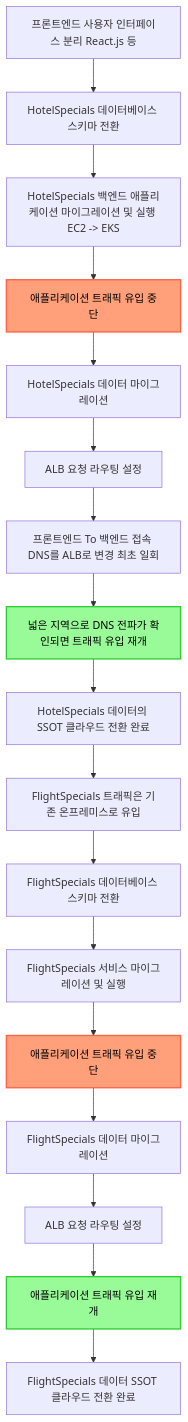
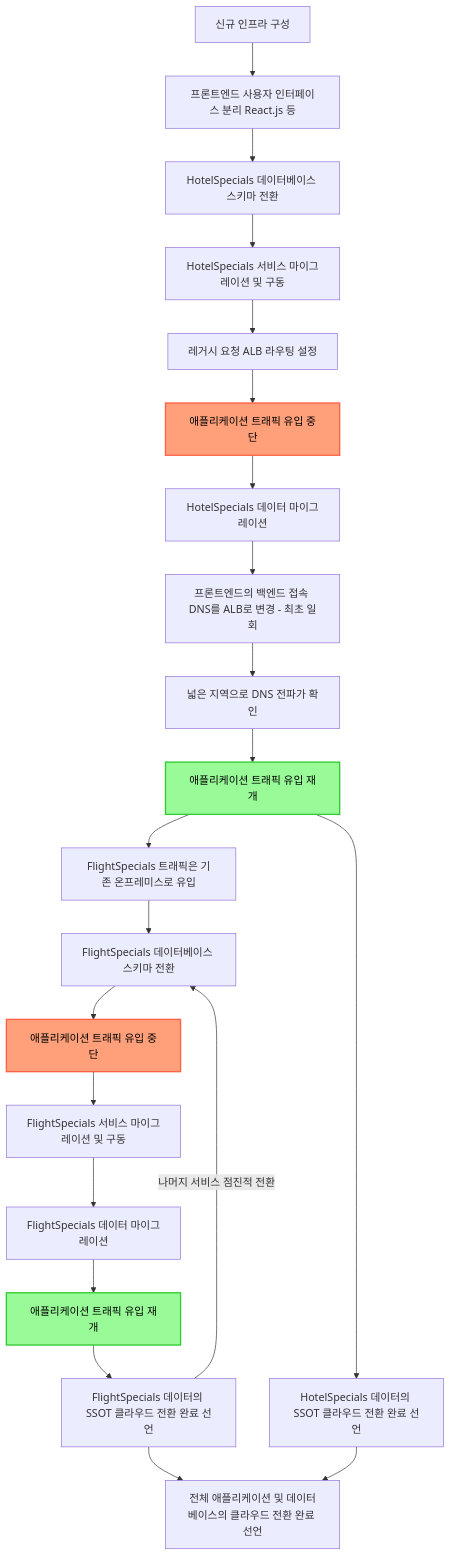
One commit to shkim4u/aws-database-migration changed the diagram in docs/migrate-application-database/cloud-migration-workflow.mermaid. Above: the diagram before and after it, drawn with Mermaid. The commit also changed 5 other files, not shown here.

```diff
--- a/docs/migrate-application-database/cloud-migration-workflow.mermaid
+++ b/docs/migrate-application-database/cloud-migration-workflow.mermaid
@@ -1,22 +1,29 @@
 graph TD
-    A[프론트엔드 사용자 인터페이스 분리 React.js 등] --> B[HotelSpecials 데이터베이스 스키마 전환]
-    B --> C[HotelSpecials 백엔드 애플리케이션 마이그레이션 및 실행 EC2 -> EKS]
-    C --> D[애플리케이션 트래픽 유입 중단]
-    D --> E[HotelSpecials 데이터 마이그레이션]
-    E --> F[ALB 요청 라우팅 설정]
-    F --> G[프론트엔드 To 백엔드 접속 DNS를 ALB로 변경 최초 일회]
-    G --> H[넓은 지역으로 DNS 전파가 확인되면 트래픽 유입 재개]
-    H --> I[HotelSpecials 데이터의 SSOT 클라우드 전환 완료]
-    I --> J[FlightSpecials 트래픽은 기존 온프레미스로 유입]
-    J --> K[FlightSpecials 데이터베이스 스키마 전환]
-    K --> L[FlightSpecials 서비스 마이그레이션 및 실행]
-    L --> M[애플리케이션 트래픽 유입 중단]
-    M --> N[FlightSpecials 데이터 마이그레이션]
-    N --> O[ALB 요청 라우팅 설정]
-    O --> P[애플리케이션 트래픽 유입 재개]
-    P --> Q[FlightSpecials 데이터 SSOT 클라우드 전환 완료]
+A[신규 인프라 구성] --> B[프론트엔드 사용자 인터페이스 분리 React.js 등]
+B --> C[HotelSpecials 데이터베이스 스키마 전환]
+C --> D[HotelSpecials 서비스 마이그레이션 및 구동]
+D --> E[레거시 요청 ALB 라우팅 설정]
+E --> F[애플리케이션 트래픽 유입 중단]
+F --> G[HotelSpecials 데이터 마이그레이션]
+G --> H[프론트엔드의 백엔드 접속 DNS를 ALB로 변경 - 최초 일회]
+H --> I[넓은 지역으로 DNS 전파가 확인]
+I --> J[애플리케이션 트래픽 유입 재개]
+J --> K[HotelSpecials 데이터의 SSOT 클라우드 전환 완료 선언]
+J --> L[FlightSpecials 트래픽은 기존 온프레미스로 유입]
+L --> M[FlightSpecials 데이터베이스 스키마 전환]
+M --> N[애플리케이션 트래픽 유입 중단]
+N --> O[FlightSpecials 서비스 마이그레이션 및 구동]
+O --> P[FlightSpecials 데이터 마이그레이션]
+P --> Q[애플리케이션 트래픽 유입 재개]
+Q --> R[FlightSpecials 데이터의 SSOT 클라우드 전환 완료 선언]
+%%R1[점진적 전환]
+%%R ---> R1
+R -->|나머지 서비스 점진적 전환| M
+X[전체 애플리케이션 및 데이터베이스의 클라우드 전환 완료 선언]
+R --> X
+K --> X
 
-    style D fill:#FFA07A,stroke:#FF6347,stroke-width:2px,color:#000000
-    style H fill:#98FB98,stroke:#32CD32,stroke-width:2px,color:#000000
-    style M fill:#FFA07A,stroke:#FF6347,stroke-width:2px,color:#000000
-    style P fill:#98FB98,stroke:#32CD32,stroke-width:2px,color:#000000
+style F fill:#FFA07A,stroke:#FF6347,stroke-width:2px,color:#000000
+style J fill:#98FB98,stroke:#32CD32,stroke-width:2px,color:#000000
+style N fill:#FFA07A,stroke:#FF6347,stroke-width:2px,color:#000000
+style Q fill:#98FB98,stroke:#32CD32,stroke-width:2px,color:#000000
```
